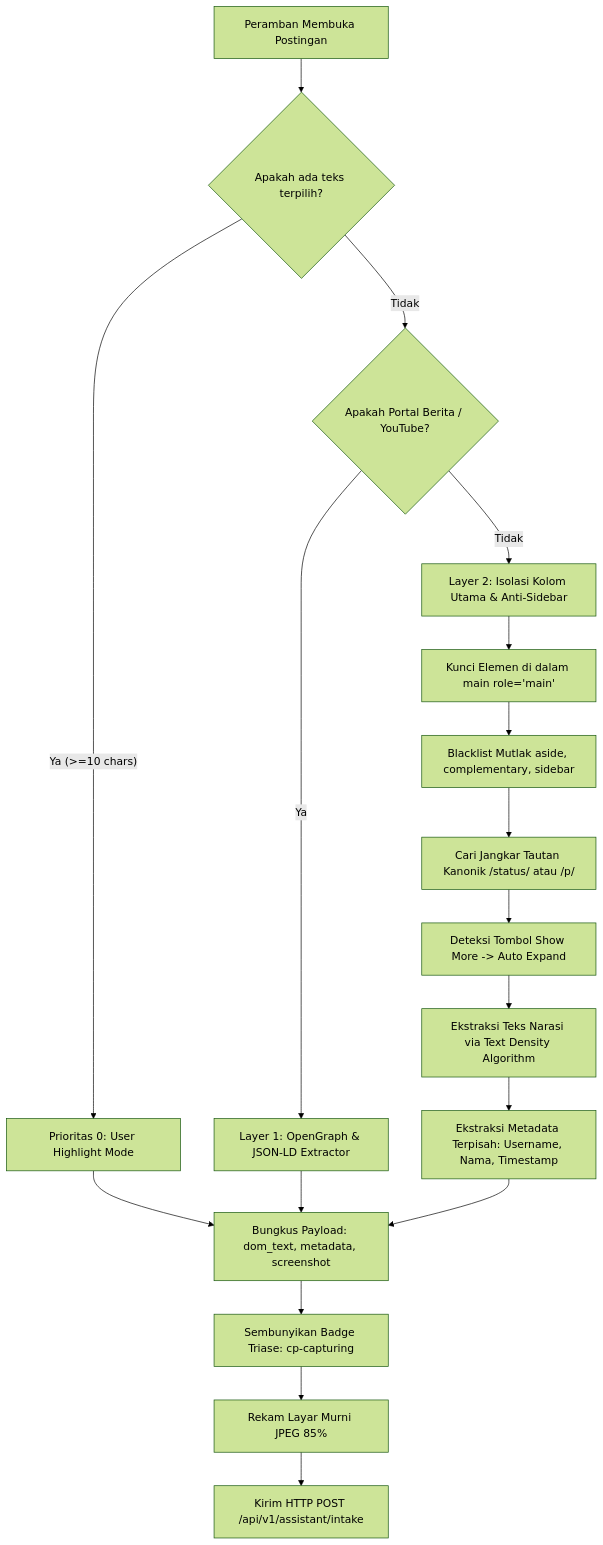
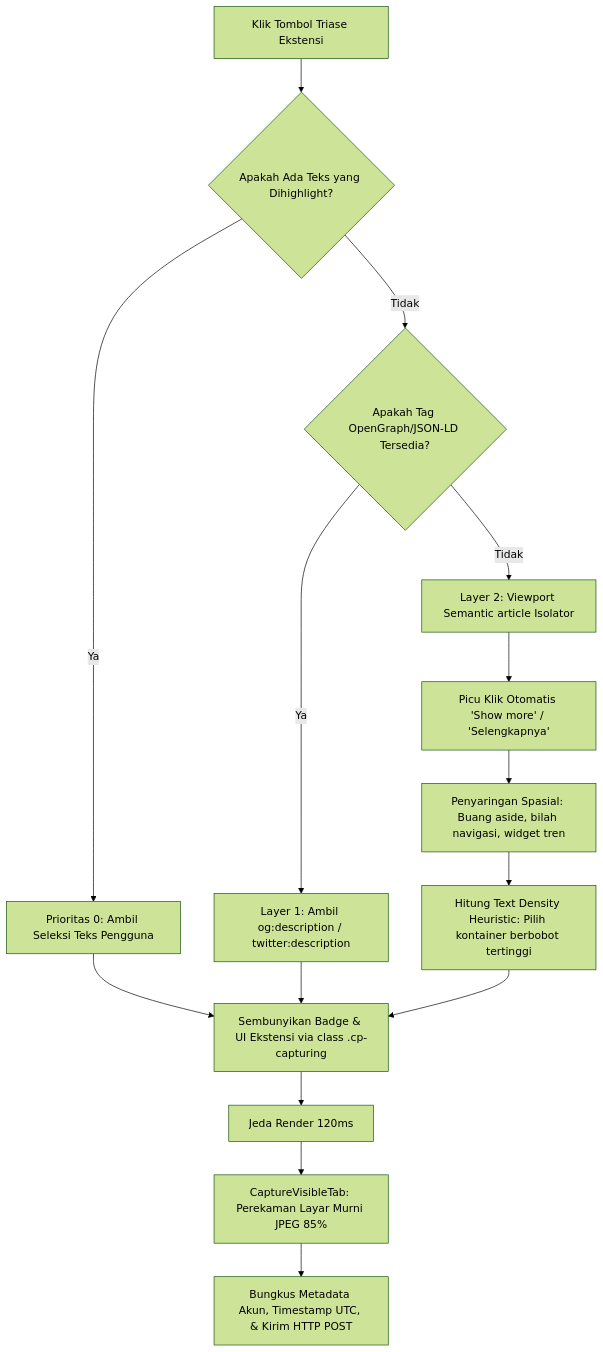
Before and after one commit to Hihanghohengg/cyber-patroli-assistant: the fourth of 13 diagrams in SYSTEM_PRD_AND_ARCHITECTURE.md, drawn with Mermaid (forest theme). The commit also changed other lines of this file, not shown here.

Commit message:
docs(prd-arch): update SYSTEM_PRD_AND_ARCHITECTURE.md to v5.2 reflecting unified cockpit, automated HITL, and anti-slop standard

````diff
--- a/SYSTEM_PRD_AND_ARCHITECTURE.md
+++ b/SYSTEM_PRD_AND_ARCHITECTURE.md
@@ -248,24 +249,21 @@
 ```mermaid
 flowchart TD
-    A[Peramban Membuka Postingan] --> B{Apakah ada teks terpilih?}
-    B -- Ya (>=10 chars) --> C[Prioritas 0: User Highlight Mode]
-    B -- Tidak --> D{Apakah Portal Berita / YouTube?}
+    A[Klik Tombol Triase Ekstensi] --> B{Apakah Ada Teks yang Dihighlight?}
+    B -- Ya --> C[Prioritas 0: Ambil Seleksi Teks Pengguna]
+    B -- Tidak --> D{Apakah Tag OpenGraph/JSON-LD Tersedia?}
     
-    D -- Ya --> E[Layer 1: OpenGraph & JSON-LD Extractor]
-    D -- Tidak --> F[Layer 2: Isolasi Kolom Utama & Anti-Sidebar]
+    D -- Ya --> E[Layer 1: Ambil og:description / twitter:description]
+    D -- Tidak --> F[Layer 2: Viewport Semantic article Isolator]
     
-    F --> G[Kunci Elemen di dalam main role='main']
-    G --> H[Blacklist Mutlak aside, complementary, sidebar]
-    H --> I[Cari Jangkar Tautan Kanonik /status/ atau /p/]
+    F --> G[Picu Klik Otomatis 'Show more' / 'Selengkapnya']
+    G --> H[Penyaringan Spasial: Buang aside, bilah navigasi, widget tren]
+    H --> I[Hitung Text Density Heuristic: Pilih kontainer berbobot tertinggi]
     
-    I --> J[Deteksi Tombol Show More -> Auto Expand]
-    J --> K[Ekstraksi Teks Narasi via Text Density Algorithm]
-    K --> L[Ekstraksi Metadata Terpisah: Username, Nama, Timestamp]
+    C --> J[Sembunyikan Badge & UI Ekstensi via class .cp-capturing]
+    E --> J
+    I --> J
     
-    C --> M[Bungkus Payload: dom_text, metadata, screenshot]
-    E --> M
-    L --> M
-    M --> N[Sembunyikan Badge Triase: cp-capturing]
-    N --> O[Rekam Layar Murni JPEG 85%]
-    O --> P[Kirim HTTP POST /api/v1/assistant/intake]
+    J --> K[Jeda Render 120ms]
+    K --> L[CaptureVisibleTab: Perekaman Layar Murni JPEG 85%]
+    L --> M[Bungkus Metadata Akun, Timestamp UTC, & Kirim HTTP POST]
 ```
````
